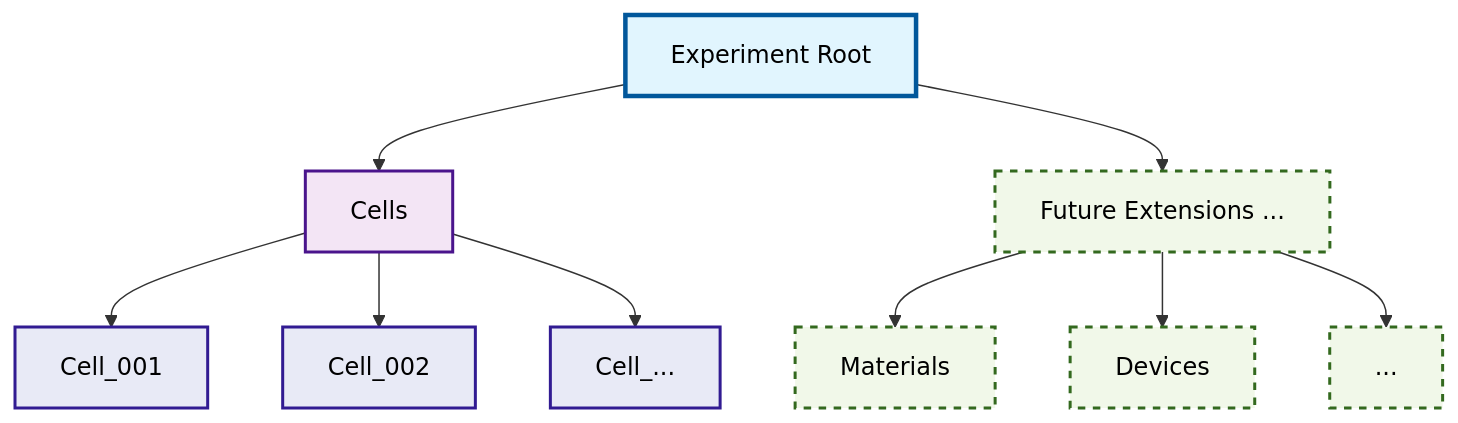
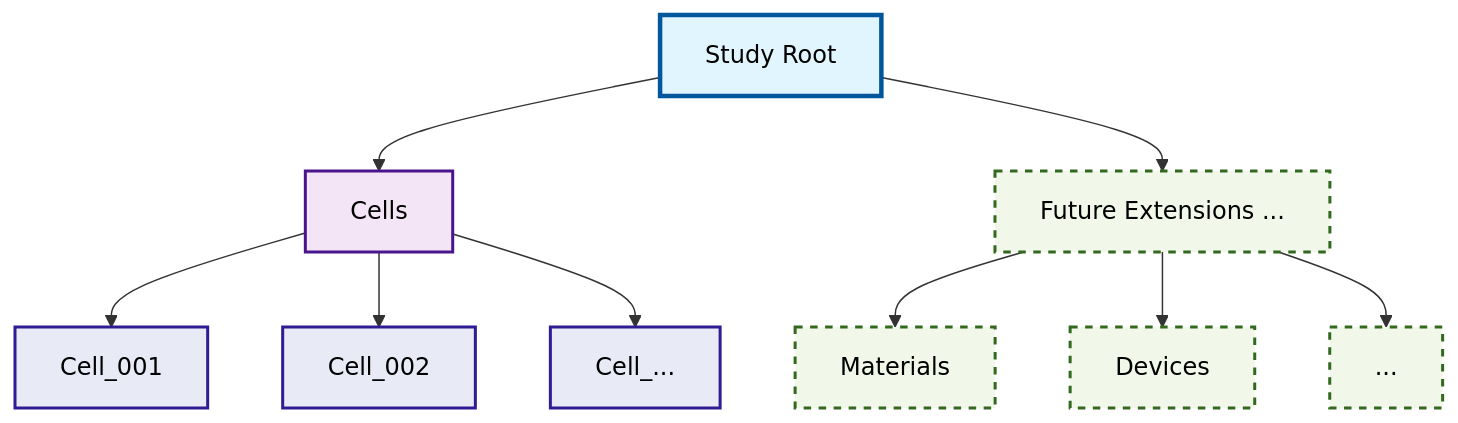
The first of 2 diagrams in design-docs/file_format_specs.md (fsu-schubert-battery/echem-data-tool), drawn with Mermaid before and after one commit. The commit also changed other lines of this file, not shown here.

````diff
--- a/design-docs/file_format_specs.md
+++ b/design-docs/file_format_specs.md
@@ -71,24 +71,24 @@
 ```mermaid
 graph TD
-    A[Experiment Root] --> B[Cells]
+    A[Study Root] --> B[Cells]
     A --> Z[Future Extensions ...]
     
     B --> C[Cell_001]
     B --> D[Cell_002]
     B --> E[Cell_...]
     
     Z --> Z1[Materials]
     Z --> Z2[Devices]
     Z --> Z3[...]
     
     %% Styling
     classDef root fill:#e1f5fe,stroke:#01579b,stroke-width:3px,color:#000
     classDef container fill:#f3e5f5,stroke:#4a148c,stroke-width:2px,color:#000
     classDef cell fill:#e8eaf6,stroke:#311b92,stroke-width:2px,color:#000
     classDef future fill:#f1f8e9,stroke:#33691e,stroke-width:2px,stroke-dasharray: 5 5,color:#000
     
     class A root
     class B container
     class C,D,E cell
     class Z,Z1,Z2,Z3 future
 ```
````
